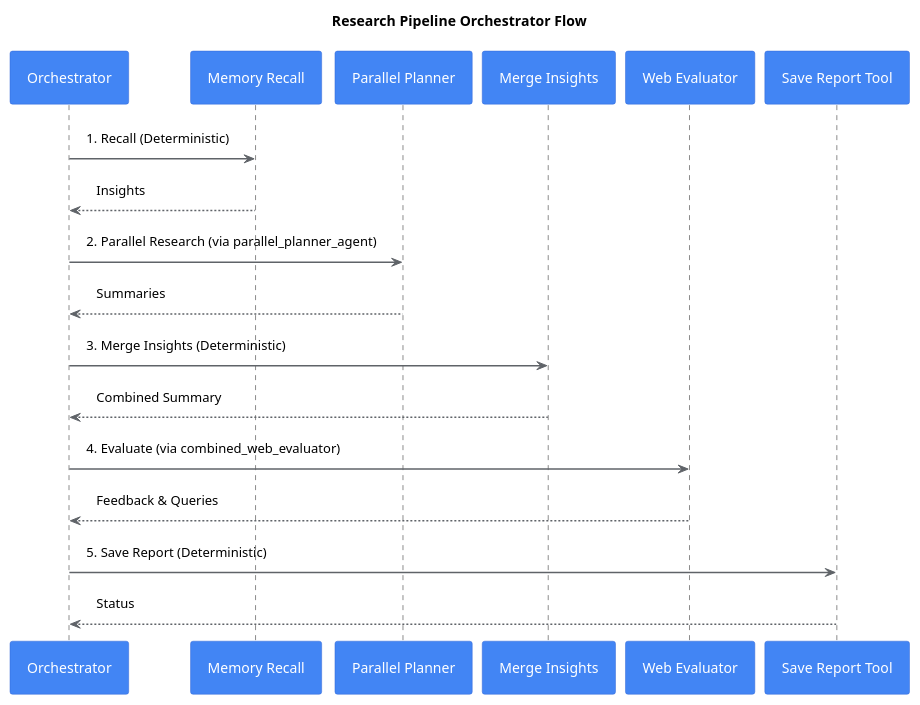
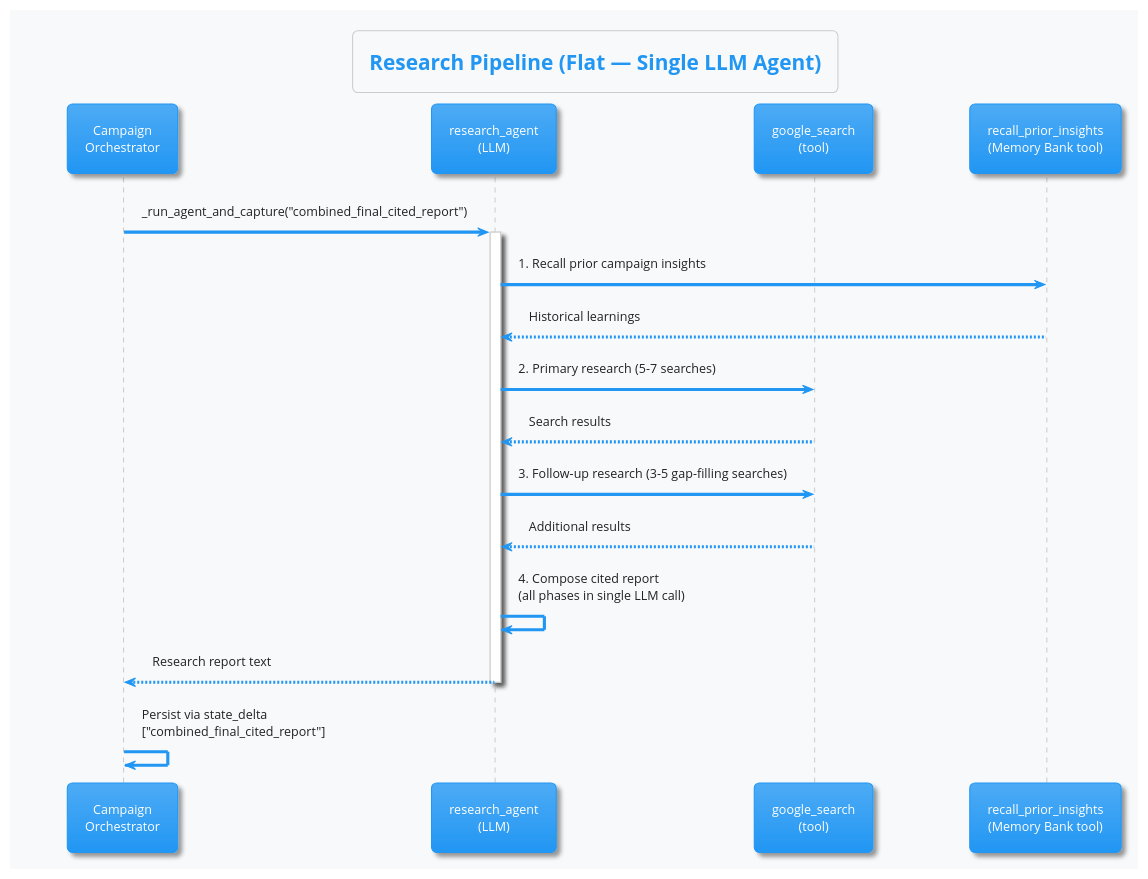
Before and after one commit to tottenjordan/zghost: the diagram in docs/staged_researcher.puml, drawn with PlantUML. The commit also changed 7 other files, not shown here.

```diff
--- a/docs/staged_researcher.puml
+++ b/docs/staged_researcher.puml
@@ -1,55 +1,138 @@
 @startuml
-skinparam Handwritten false
-skinparam Monochrome false
-skinparam BackgroundColor #FFFFFF
-skinparam Shadowing false
+
+' GCP_BRANDING_APPLIED
+!theme materia
+skinparam backgroundColor #F8F9FA
+skinparam roundCorner 10
+skinparam defaultFontName "Open Sans"
+skinparam DefaultFontSize 12
 skinparam Padding 10
-skinparam BoxPadding 10
+
+skinparam database {
+    BackgroundColor #FBBC05
+    BorderColor #E0E0E0
+    FontColor #000
+    Shadowing false
+}
+skinparam component {
+    BackgroundColor #4285F4
+    BorderColor #E0E0E0
+    FontColor #FFF
+    Shadowing false
+}
+skinparam rectangle {
+    BackgroundColor #EA4335
+    BorderColor #E0E0E0
+    FontColor #FFF
+    Shadowing false
+}
+skinparam note {
+    BackgroundColor #FFFFFF
+    BorderColor #E0E0E0
+    FontColor #000000
+    Shadowing false
+    BorderThickness 1
+}
+skinparam collections {
+    BackgroundColor #34A853
+    BorderColor #E0E0E0
+    FontColor #FFF
+    Shadowing false
+}
+skinparam state {
+    BackgroundColor #4285F4
+    BorderColor #E0E0E0
+    FontColor #FFF
+    Shadowing false
+}
+skinparam activity {
+    BackgroundColor #4285F4
+    BorderColor #E0E0E0
+    FontColor #FFF
+    Shadowing false
+}
+skinparam actor {
+    BackgroundColor #FFFFFF
+    BorderColor #4285F4
+    FontColor #000
+    Shadowing false
+    BorderThickness 2
+}
+skinparam usecase {
+    BackgroundColor #FBBC05
+    BorderColor #E0E0E0
+    FontColor #000
+    Shadowing false
+}
+skinparam cloud {
+    BackgroundColor #FFFFFF
+    BorderColor #E0E0E0
+    FontColor #000
+    Shadowing false
+}
+skinparam frame {
+    BackgroundColor #FFFFFF
+    BorderColor #E0E0E0
+    FontColor #000
+    Shadowing false
+}
+skinparam package {
+    BackgroundColor #F8F9FA
+    BorderColor #CCCCCC
+    FontColor #000
+    Shadowing false
+    BorderThickness 1
+}
+skinparam node {
+    BackgroundColor #EA4335
+    BorderColor #E0E0E0
+    FontColor #FFF
+    Shadowing false
+}
+skinparam queue {
+    BackgroundColor #34A853
+    BorderColor #E0E0E0
+    FontColor #FFF
+    Shadowing false
+}
+
+
 
 ' Participant Styles
-skinparam ParticipantBackgroundColor #4285F4
-skinparam ParticipantBorderColor #3367D6
-skinparam ParticipantFontColor #FFFFFF
 
 ' Actor Styles
-skinparam ActorBackgroundColor #EA4335
-skinparam ActorBorderColor #B32015
 
 ' Database Styles
-skinparam DatabaseBackgroundColor #FBBC05
-skinparam DatabaseBorderColor #D08700
 
 ' Arrow Styles
-skinparam ArrowColor #5F6368
-skinparam ArrowThickness 1.5
 
 ' LifeLine Styles
-skinparam LifeLineBorderColor #5F6368
-skinparam LifeLineBackgroundColor #E8F0FE
 
 
-title Research Pipeline Orchestrator Flow
+title Research Pipeline (Flat — Single LLM Agent)
 
-participant "Orchestrator" as Orch
-participant "Memory Recall" as Recall
-participant "Parallel Planner" as PP
-participant "Merge Insights" as Merge
-participant "Web Evaluator" as Eval
-participant "Save Report Tool" as Save
+participant "Campaign\nOrchestrator" as Orch
+participant "research_agent\n(LLM)" as Agent
+participant "google_search\n(tool)" as GS
+participant "recall_prior_insights\n(Memory Bank tool)" as Recall
 
-Orch -> Recall: 1. Recall (Deterministic)
-Recall --> Orch: Insights
+Orch -> Agent: _run_agent_and_capture("combined_final_cited_report")
+activate Agent
 
-Orch -> PP: 2. Parallel Research (via parallel_planner_agent)
-PP --> Orch: Summaries
+Agent -> Recall: 1. Recall prior campaign insights
+Recall --> Agent: Historical learnings
 
-Orch -> Merge: 3. Merge Insights (Deterministic)
-Merge --> Orch: Combined Summary
+Agent -> GS: 2. Primary research (5-7 searches)
+GS --> Agent: Search results
 
-Orch -> Eval: 4. Evaluate (via combined_web_evaluator)
-Eval --> Orch: Feedback & Queries
+Agent -> GS: 3. Follow-up research (3-5 gap-filling searches)
+GS --> Agent: Additional results
 
-Orch -> Save: 5. Save Report (Deterministic)
-Save --> Orch: Status
+Agent -> Agent: 4. Compose cited report\n(all phases in single LLM call)
 
-@endum
+Agent --> Orch: Research report text
+deactivate Agent
+
+Orch -> Orch: Persist via state_delta\n["combined_final_cited_report"]
+
+@enduml
```
